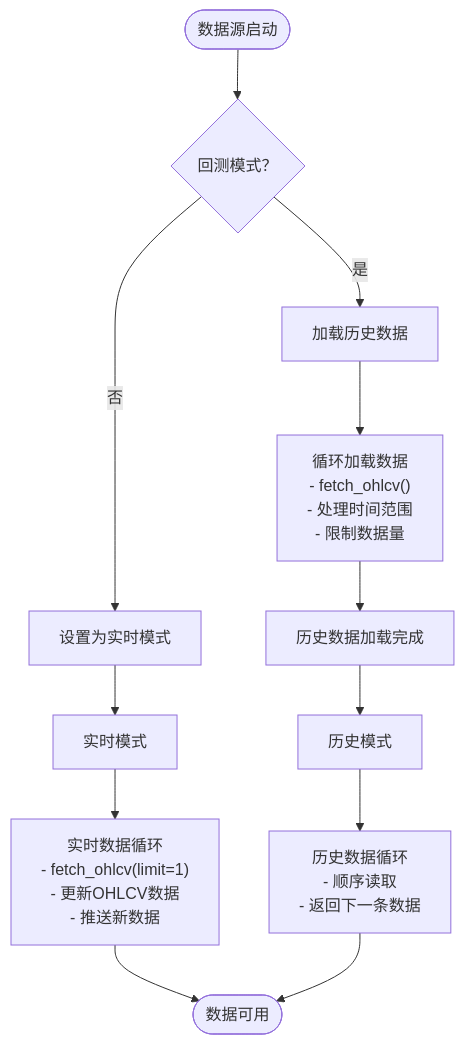
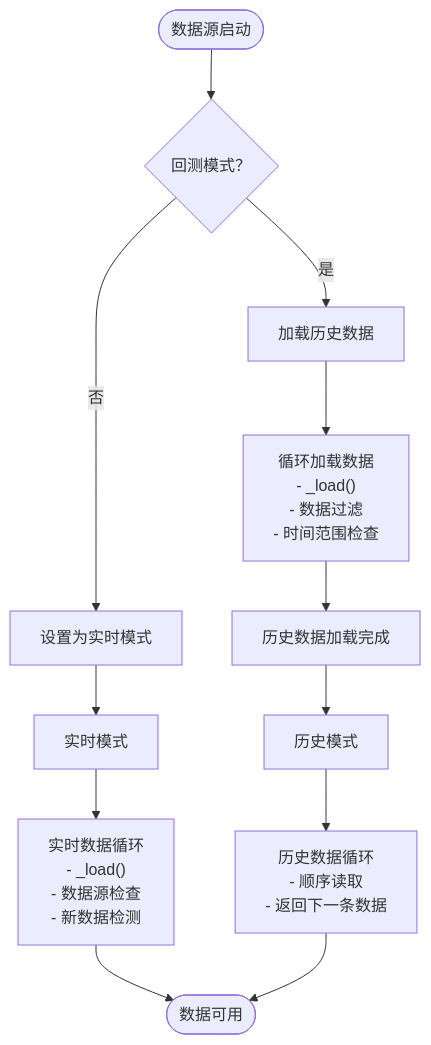
The sixth of 8 diagrams in .qoder/repowiki/zh/content/实盘交易模块/通用基类架构.md (bench-prog/backtrader), drawn with Mermaid before and after one commit. The commit also changed other lines of this file and 23 other files, not shown here.

````diff
--- a/.qoder/repowiki/zh/content/实盘交易模块/通用基类架构.md
+++ b/.qoder/repowiki/zh/content/实盘交易模块/通用基类架构.md
@@ -423,14 +364,14 @@
 ```mermaid
 flowchart TD
 Start([数据源启动]) --> CheckMode{"回测模式？"}
 CheckMode --> |是| LoadHistorical["加载历史数据"]
 CheckMode --> |否| SetLive["设置为实时模式"]
-LoadHistorical --> LoadLoop["循环加载数据<br/>- fetch_ohlcv()<br/>- 处理时间范围<br/>- 限制数据量"]
+LoadHistorical --> LoadLoop["循环加载数据<br/>- _load()<br/>- 数据过滤<br/>- 时间范围检查"]
 LoadLoop --> HistoricalLoaded["历史数据加载完成"]
 SetLive --> LiveMode["实时模式"]
 HistoricalLoaded --> HistoricalMode["历史模式"]
-LiveMode --> LiveLoop["实时数据循环<br/>- fetch_ohlcv(limit=1)<br/>- 更新OHLCV数据<br/>- 推送新数据"]
+LiveMode --> LiveLoop["实时数据循环<br/>- _load()<br/>- 数据源检查<br/>- 新数据检测"]
 HistoricalMode --> HistoricalLoop["历史数据循环<br/>- 顺序读取<br/>- 返回下一条数据"]
 LiveLoop --> End([数据可用])
 HistoricalLoop --> End
 ```
````
